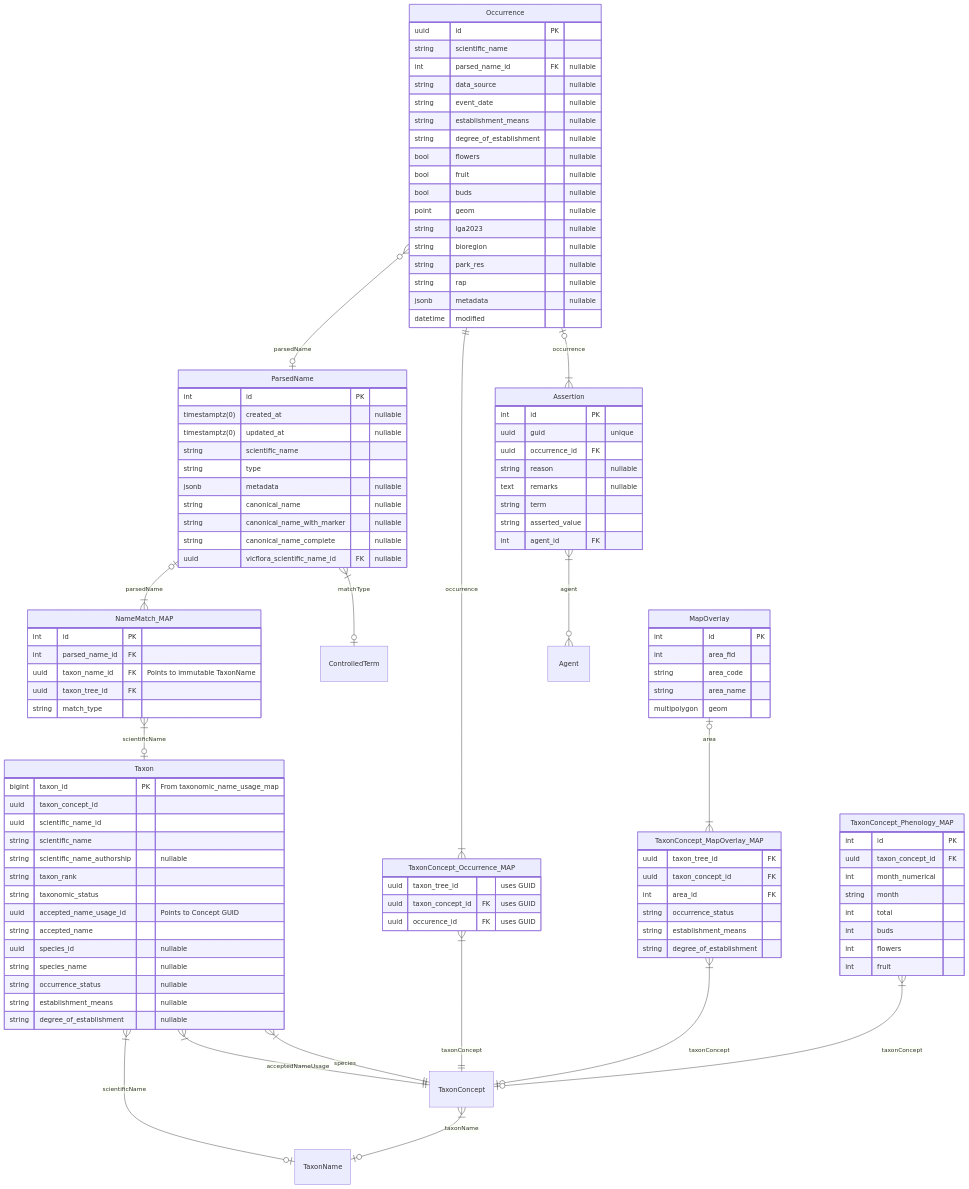
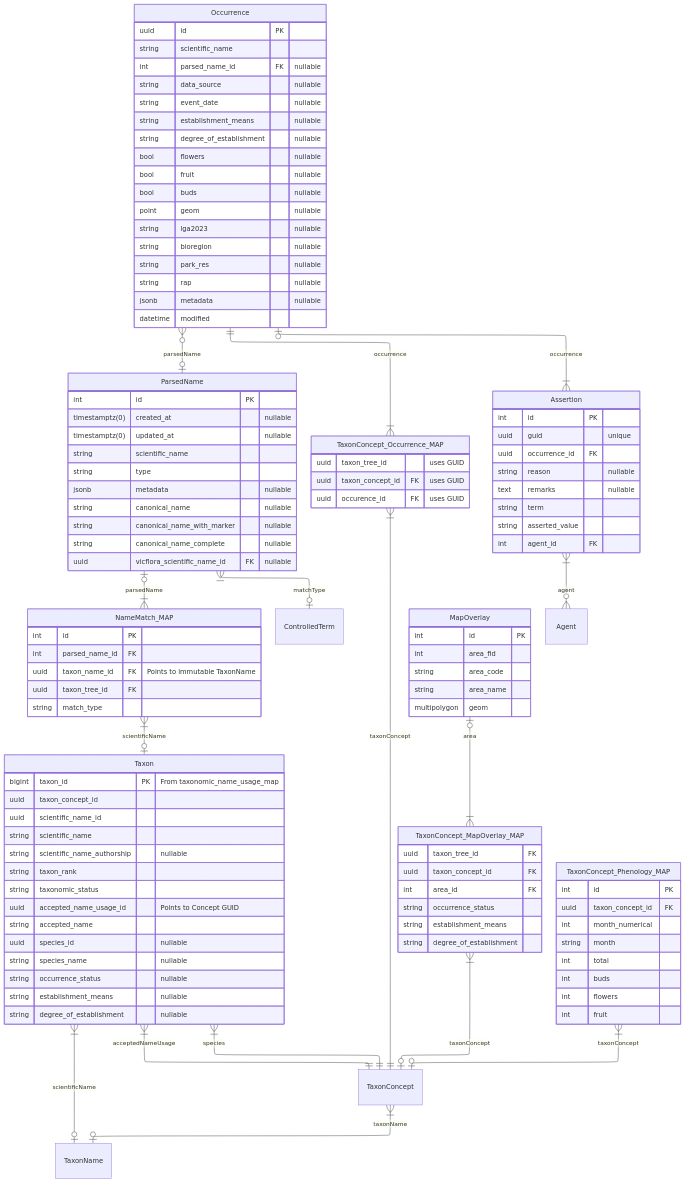
One commit to vicflora/vicflora-data-model-2026 changed the diagram in docs/occurrence-module.md. Above: the diagram before and after it, drawn with Mermaid. The commit also changed 2 other files, not shown here.

Commit message:
Update ERDs

````diff
--- a/docs/occurrence-module.md
+++ b/docs/occurrence-module.md
@@ -37,7 +37,7 @@
 ```mermaid
 ---
 config:
-    layout: dagre
+    layout: elk
 ---
 erDiagram
     Occurrence }o--o| ParsedName : "parsedName"
````
